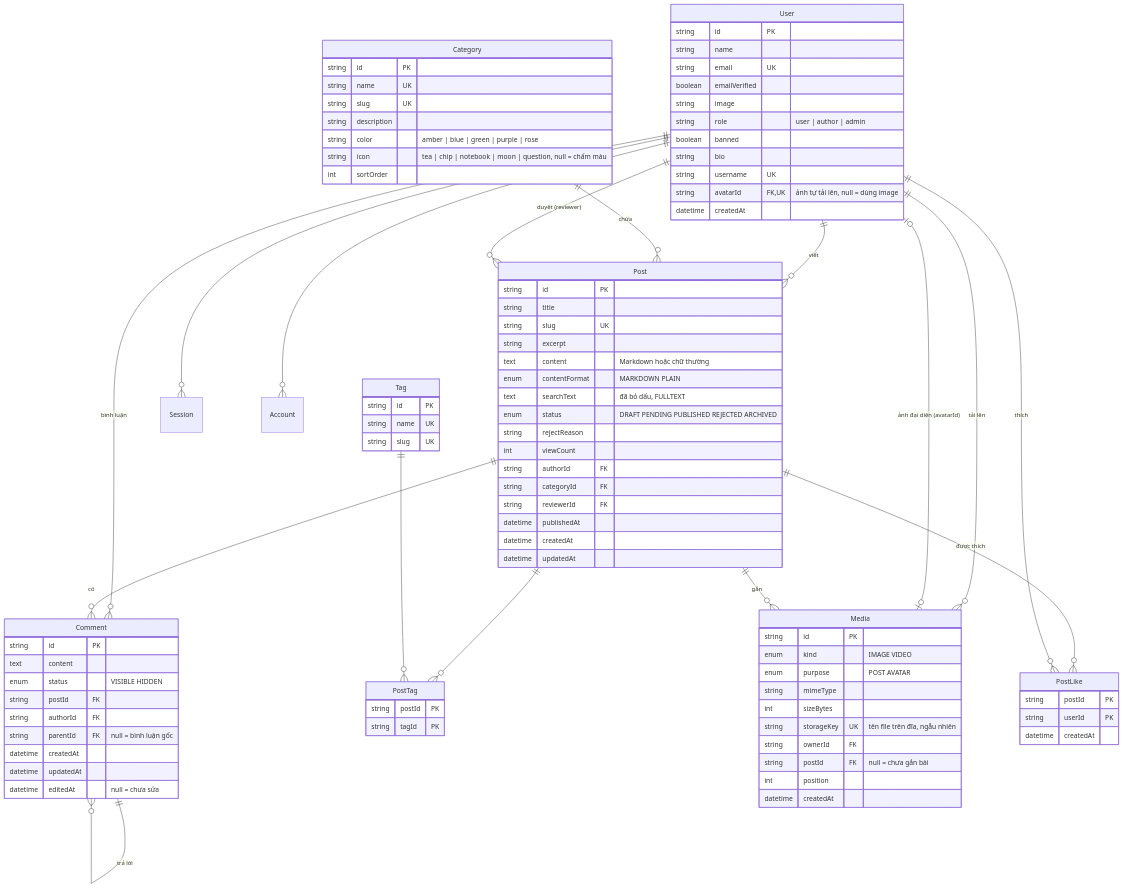
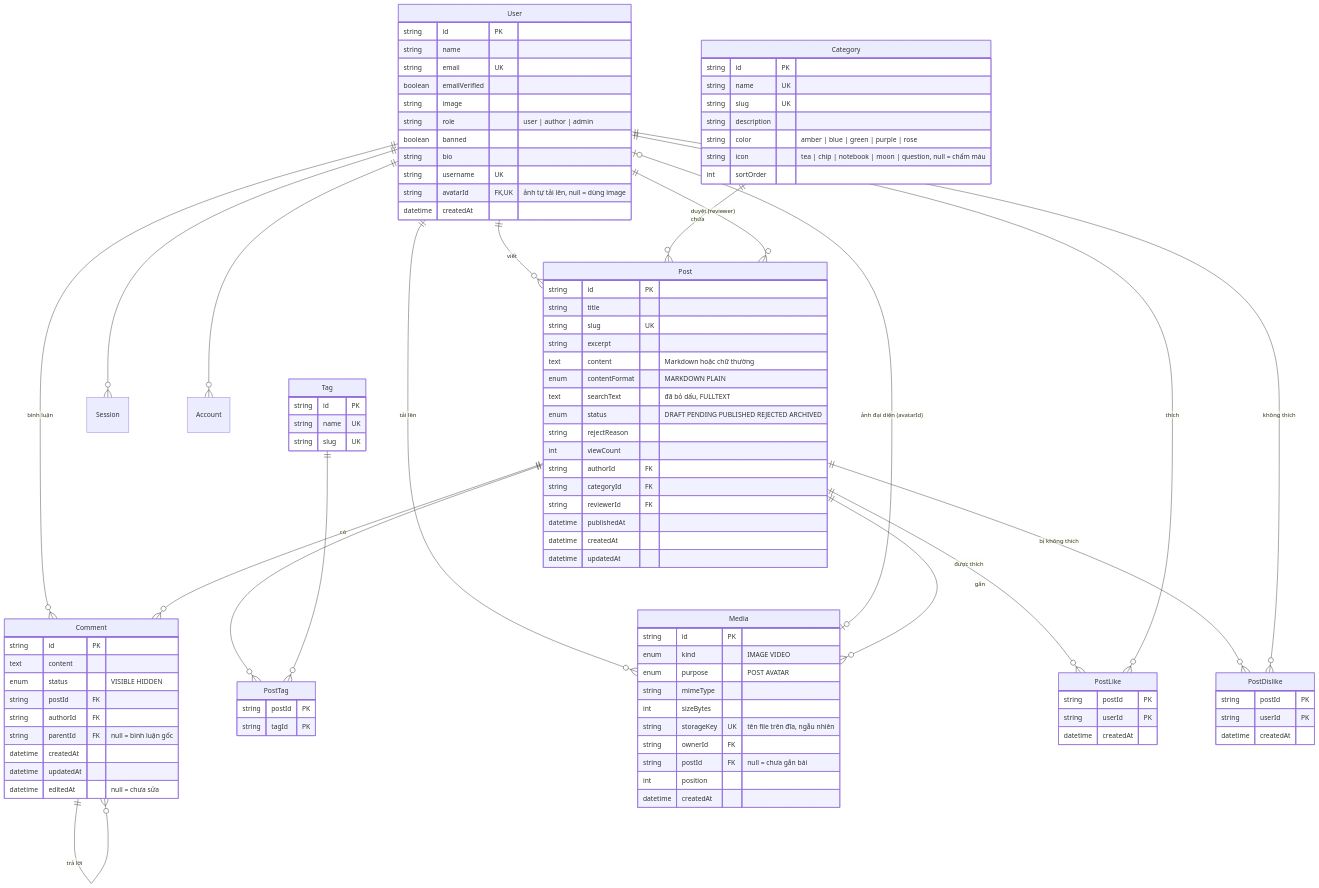
The diagram in docs/co-so-du-lieu.md (HNgTruc/Xom-Nho), drawn with Mermaid before and after one commit. The commit also changed other lines of this file and 6 other files, not shown here.

Commit message:
docs: ghi Không thích vào MASTER, api, cơ sở dữ liệu, phân quyền, tính năng, lộ trình; chốt mốc Bài mới

```diff
--- a/docs/co-so-du-lieu.md
+++ b/docs/co-so-du-lieu.md
@@ -21,6 +21,8 @@
   User ||--o{ Post : "duyệt (reviewer)"
   Post ||--o{ PostLike : "được thích"
   User ||--o{ PostLike : "thích"
+  Post ||--o{ PostDislike : "bị không thích"
+  User ||--o{ PostDislike : "không thích"
 
   User {
     string id PK
@@ -88,6 +90,11 @@
     string userId PK
     datetime createdAt
   }
+  PostDislike {
+    string postId PK
+    string userId PK
+    datetime createdAt
+  }
   Comment {
     string id PK
     text content
```
